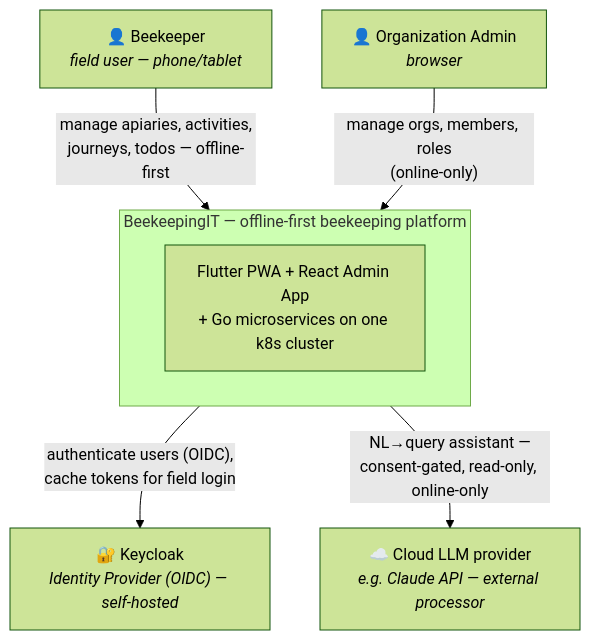
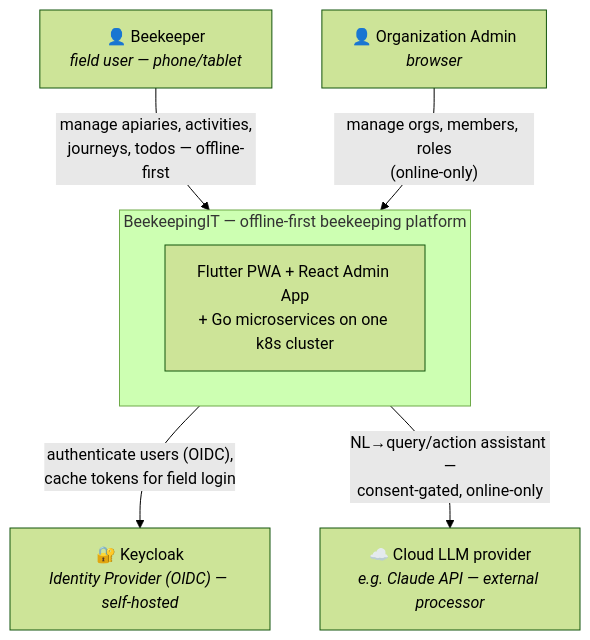
One commit to TiagoJVO/beekeepingit changed the first of 2 diagrams in docs/architecture/service-decomposition.md. Above: the diagram before and after it, drawn with Mermaid (forest theme). The commit also changed other lines of this file and 7 other files, not shown here.

````diff
--- a/docs/architecture/service-decomposition.md
+++ b/docs/architecture/service-decomposition.md
@@ -133,17 +140,17 @@
 ```mermaid
 graph TB
     beekeeper["👤 Beekeeper<br/><i>field user — phone/tablet</i>"]
     admin["👤 Organization Admin<br/><i>browser</i>"]
 
     subgraph sys["BeekeepingIT — offline-first beekeeping platform"]
         core["Flutter PWA + React Admin App<br/>+ Go microservices on one k8s cluster"]
     end
 
     keycloak["🔐 Keycloak<br/><i>Identity Provider (OIDC) — self-hosted</i>"]
     llm["☁️ Cloud LLM provider<br/><i>e.g. Claude API — external processor</i>"]
 
     beekeeper -->|"manage apiaries, activities,<br/>journeys, todos — offline-first"| sys
     admin -->|"manage orgs, members, roles<br/>(online-only)"| sys
     sys -->|"authenticate users (OIDC),<br/>cache tokens for field login"| keycloak
-    sys -->|"NL→query assistant —<br/>consent-gated, read-only, online-only"| llm
+    sys -->|"NL→query/action assistant —<br/>consent-gated, online-only"| llm
 ```
````
